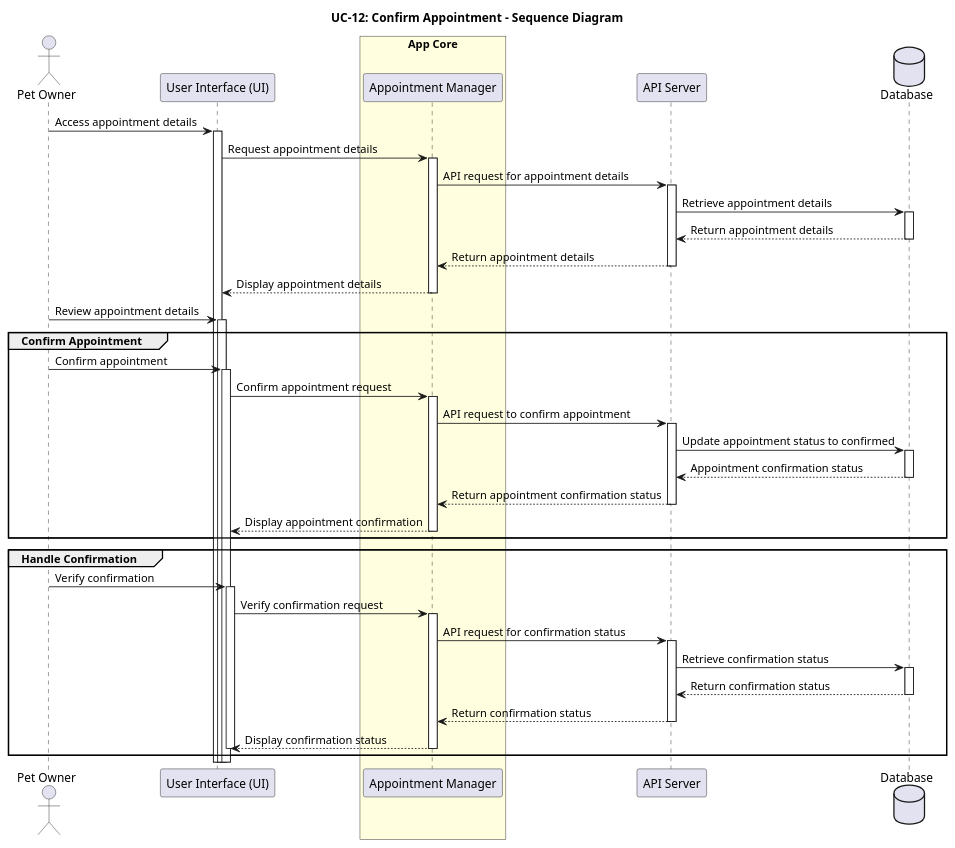
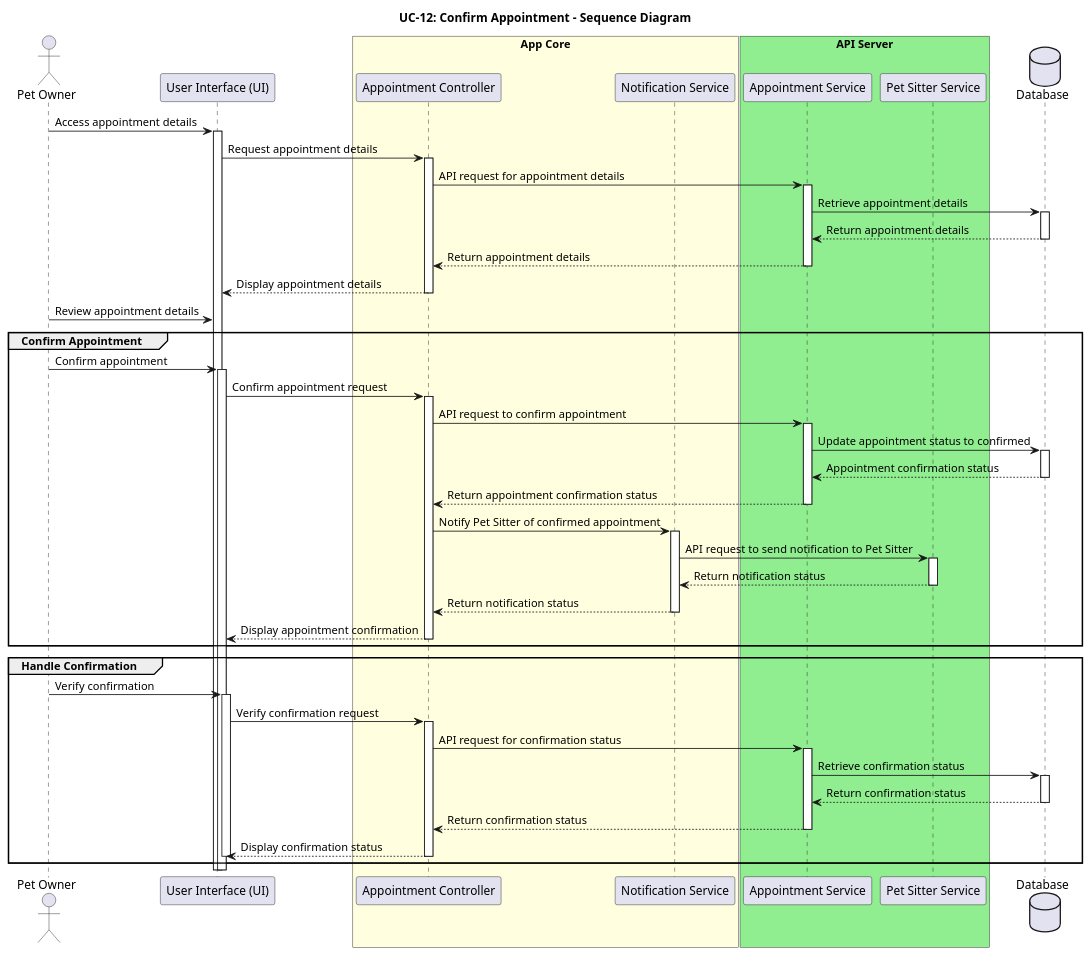
One commit to IrenePorta/PetSitters changed the diagram in Documents/PlantUML/UC-12_SEQUENCE_Diagram.puml. Above: the diagram before and after it, drawn with PlantUML. The commit also changed other lines of this file, not shown here.

```diff
--- a/Documents/PlantUML/UC-12_SEQUENCE_Diagram.puml
+++ b/Documents/PlantUML/UC-12_SEQUENCE_Diagram.puml
@@ -1,63 +1,98 @@
 @startuml
-title: UC-12: Confirm Appointment - Sequence Diagram
+title UC-12: Confirm Appointment - Sequence Diagram
+
 actor "Pet Owner" as owner
 participant "User Interface (UI)" as ui
 box "App Core" #LightYellow
-  participant "Appointment Manager" as core
+  participant "Appointment Controller" as appCtrl
+  participant "Notification Service" as notifService
 end box
-participant "API Server" as server
+box "API Server" #LightGreen
+  participant "Appointment Service" as appService
+  participant "Pet Sitter Service" as sitterService
+end box
 database "Database" as db
 
 owner -> ui: Access appointment details
 activate ui
-ui -> core: Request appointment details
-activate core
-core -> server: API request for appointment details
-activate server
-server -> db: Retrieve appointment details
+
+ui -> appCtrl: Request appointment details
+activate appCtrl
+
+appCtrl -> appService: API request for appointment details
+activate appService
+
+appService -> db: Retrieve appointment details
 activate db
-db --> server: Return appointment details
+
+db --> appService: Return appointment details
 deactivate db
-server --> core: Return appointment details
-deactivate server
-core --> ui: Display appointment details
-deactivate core
+
+appService --> appCtrl: Return appointment details
+deactivate appService
+
+appCtrl --> ui: Display appointment details
+deactivate appCtrl
+
 owner -> ui: Review appointment details
-activate ui
 
 group Confirm Appointment
     owner -> ui: Confirm appointment
     activate ui
-    ui -> core: Confirm appointment request
-    activate core
-    core -> server: API request to confirm appointment
-    activate server
-    server -> db: Update appointment status to confirmed
+
+    ui -> appCtrl: Confirm appointment request
+    activate appCtrl
+
+    appCtrl -> appService: API request to confirm appointment
+    activate appService
+
+    appService -> db: Update appointment status to confirmed
     activate db
-    db --> server: Appointment confirmation status
+
+    db --> appService: Appointment confirmation status
     deactivate db
-    server --> core: Return appointment confirmation status
-    deactivate server
-    core --> ui: Display appointment confirmation
-    deactivate core
+
+    appService --> appCtrl: Return appointment confirmation status
+    deactivate appService
+
+    appCtrl -> notifService: Notify Pet Sitter of confirmed appointment
+    activate notifService
+
+    notifService -> sitterService: API request to send notification to Pet Sitter
+    activate sitterService
+
+    sitterService --> notifService: Return notification status
+    deactivate sitterService
+
+    notifService --> appCtrl: Return notification status
+    deactivate notifService
+
+    appCtrl --> ui: Display appointment confirmation
+    deactivate appCtrl
 end group
 
 group Handle Confirmation
     owner -> ui: Verify confirmation
     activate ui
-    ui -> core: Verify confirmation request
-    activate core
-    core -> server: API request for confirmation status
-    activate server
-    server -> db: Retrieve confirmation status
+
+    ui -> appCtrl: Verify confirmation request
+    activate appCtrl
+
+    appCtrl -> appService: API request for confirmation status
+    activate appService
+
+    appService -> db: Retrieve confirmation status
     activate db
-    db --> server: Return confirmation status
+
+    db --> appService: Return confirmation status
     deactivate db
-    server --> core: Return confirmation status
-    deactivate server
-    core --> ui: Display confirmation status
-    deactivate core
+
+    appService --> appCtrl: Return confirmation status
+    deactivate appService
+
+    appCtrl --> ui: Display confirmation status
+    deactivate appCtrl
     deactivate ui
 end group
 
 @enduml
```
